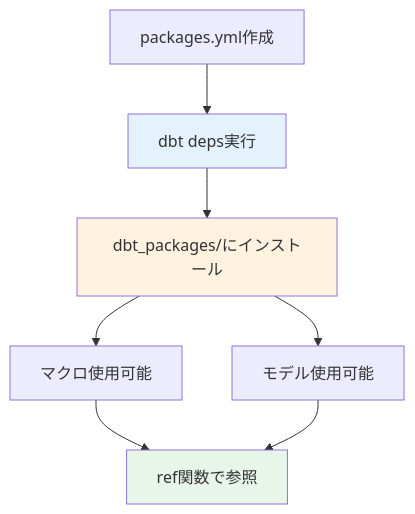
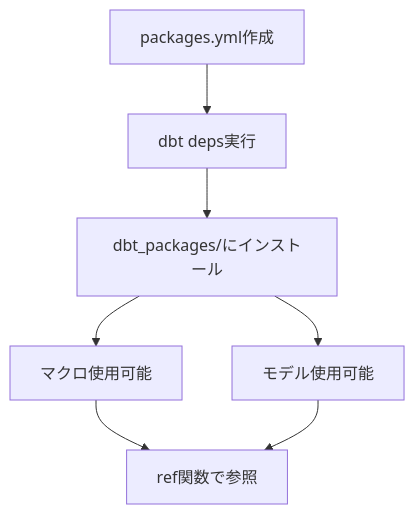
The third of 11 diagrams in content/Tech/dbt/categories/other-config.md (1210yuichi0/1210yuichi0.github.io), drawn with Mermaid before and after one commit. The commit also changed other lines of this file and 22 other files, not shown here.

First line of the commit message:
style: remove Mermaid style directives for dark mode compatibility

````diff
--- a/content/Tech/dbt/categories/other-config.md
+++ b/content/Tech/dbt/categories/other-config.md
@@ -300,15 +290,12 @@
 ```mermaid
 flowchart TD
     A[packages.yml作成] --> B[dbt deps実行]
     B --> C[dbt_packages/にインストール]
 
     C --> D[マクロ使用可能]
     C --> E[モデル使用可能]
 
     D --> F[ref関数で参照]
     E --> F
 
-    style B fill:#e3f2fd
-    style C fill:#fff3e0
-    style F fill:#e8f5e9
 ```
````
